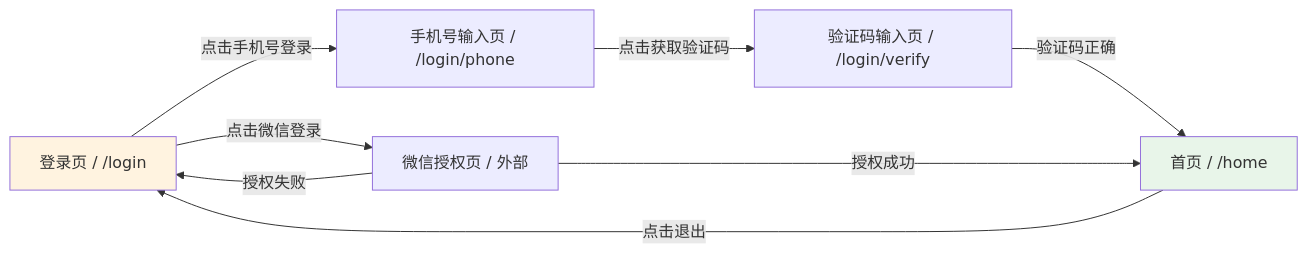
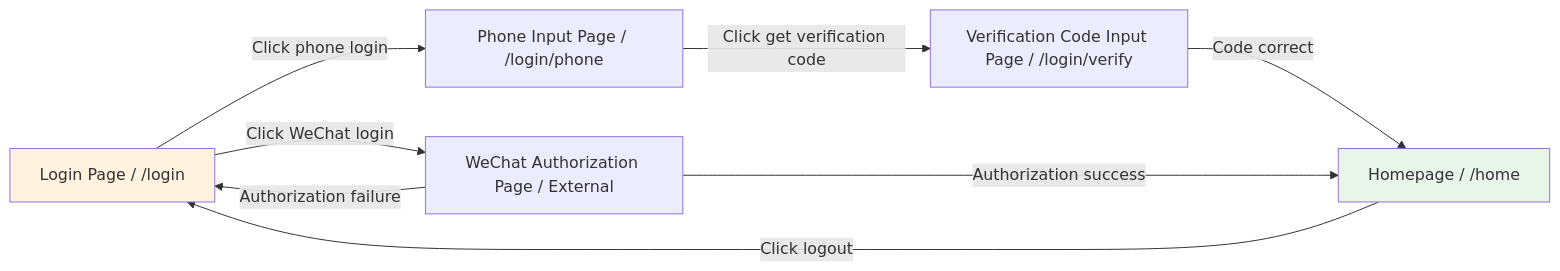
Before and after one commit to Kirky-X/cangjie: the fifth of 12 diagrams in templates/产品/产品层/【模板】产品需求文档.md, drawn with Mermaid. The commit also changed other lines of this file and 60 other files, not shown here.

````diff
--- a/templates/产品/产品层/【模板】产品需求文档.md
+++ b/templates/产品/产品层/【模板】产品需求文档.md
@@ -255,13 +255,13 @@
 ```mermaid
 flowchart LR
-    A[登录页 / /login] -->|点击手机号登录| B[手机号输入页 / /login/phone]
-    B -->|点击获取验证码| C[验证码输入页 / /login/verify]
-    C -->|验证码正确| D[首页 / /home]
-    A -->|点击微信登录| E[微信授权页 / 外部]
-    E -->|授权成功| D
-    E -->|授权失败| A
-    D -->|点击退出| A
+    A[Login Page / /login] -->|Click phone login| B[Phone Input Page / /login/phone]
+    B -->|Click get verification code| C[Verification Code Input Page / /login/verify]
+    C -->|Code correct| D[Homepage / /home]
+    A -->|Click WeChat login| E[WeChat Authorization Page / External]
+    E -->|Authorization success| D
+    E -->|Authorization failure| A
+    D -->|Click logout| A
 
     style A fill:#fff3e0
     style D fill:#e8f5e9
 ```
````
